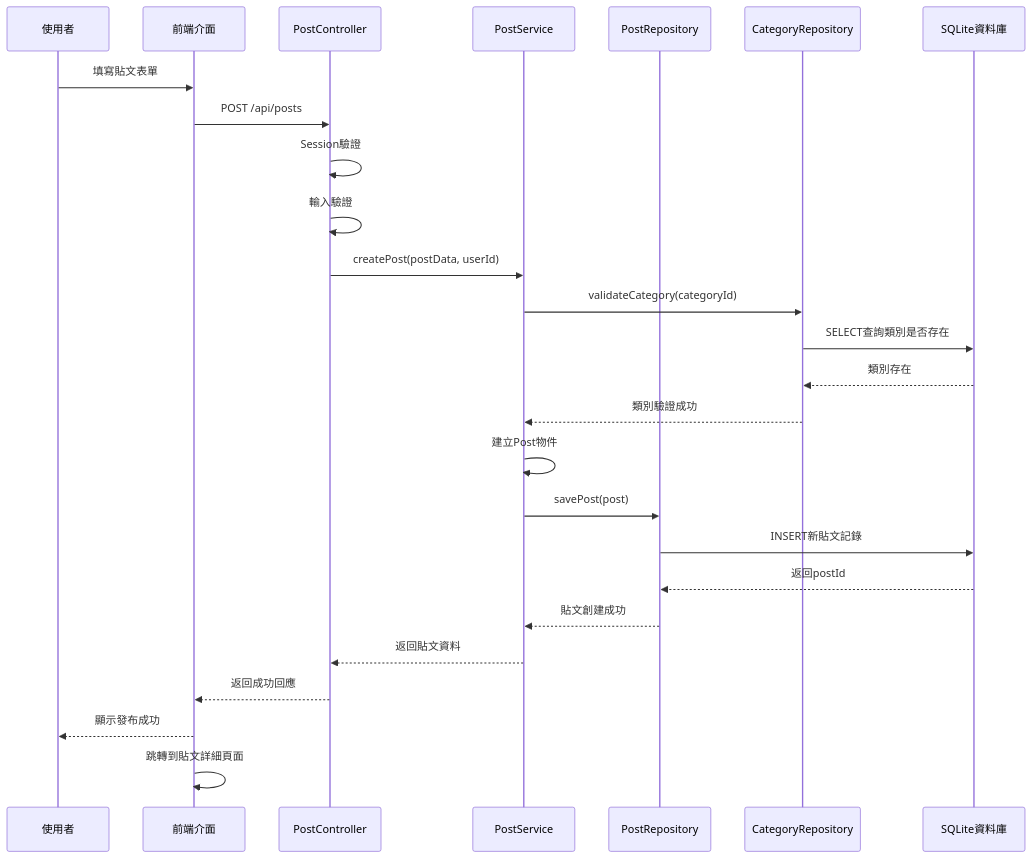
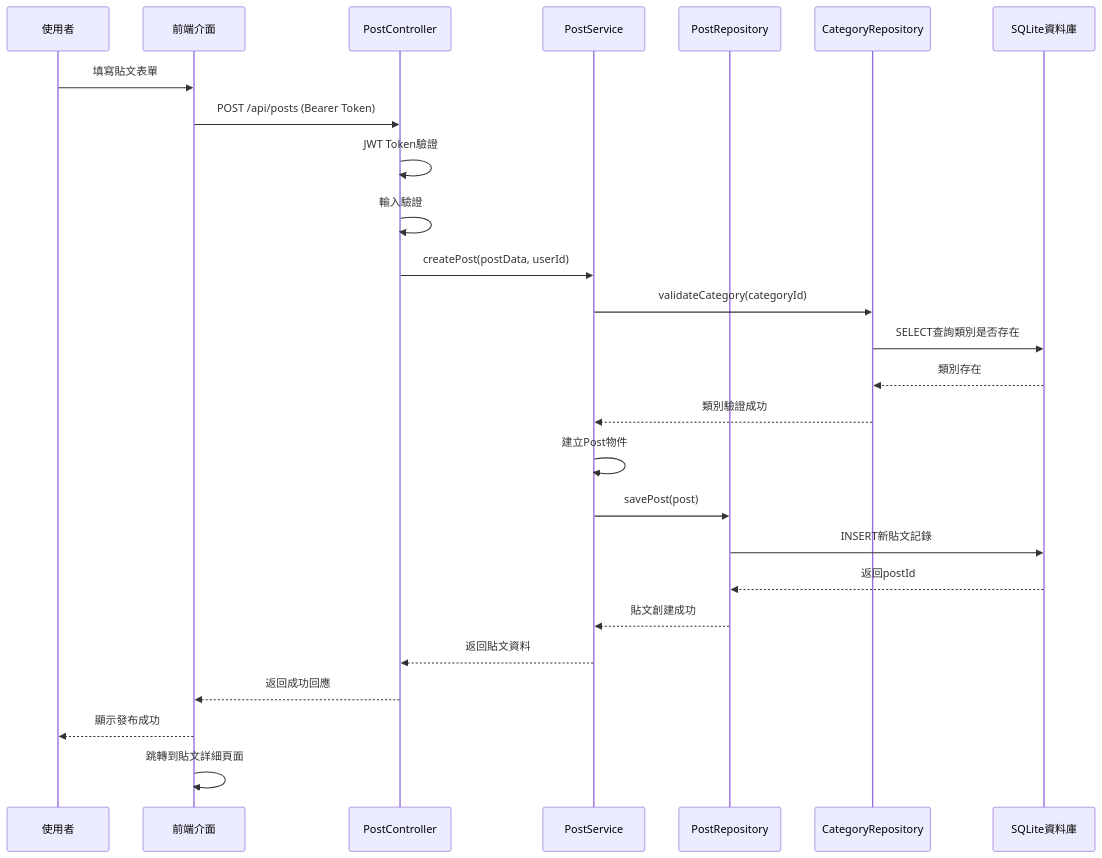
The third of 8 diagrams in aotter-wow-system/docs/sequence-diagram.md (ayugioh2003/ooad-ai), drawn with Mermaid before and after one commit. The commit also changed other lines of this file and 3 other files, not shown here.

Commit message:
feat: 更新系統架構與類別圖，新增 JWT 認證與 Token 管理策略，強化安全性設計

````diff
--- a/aotter-wow-system/docs/sequence-diagram.md
+++ b/aotter-wow-system/docs/sequence-diagram.md
@@ -78,29 +78,29 @@
 ```mermaid
 sequenceDiagram
     participant User as 使用者
     participant UI as 前端介面
     participant PC as PostController
     participant PS as PostService
     participant PR as PostRepository
     participant CR as CategoryRepository
     participant DB as SQLite資料庫
 
     User->>UI: 填寫貼文表單
-    UI->>PC: POST /api/posts
-    PC->>PC: Session驗證
+    UI->>PC: POST /api/posts (Bearer Token)
+    PC->>PC: JWT Token驗證
     PC->>PC: 輸入驗證
     PC->>PS: createPost(postData, userId)
     PS->>CR: validateCategory(categoryId)
     CR->>DB: SELECT查詢類別是否存在
     DB-->>CR: 類別存在
     CR-->>PS: 類別驗證成功
     PS->>PS: 建立Post物件
     PS->>PR: savePost(post)
     PR->>DB: INSERT新貼文記錄
     DB-->>PR: 返回postId
     PR-->>PS: 貼文創建成功
     PS-->>PC: 返回貼文資料
     PC-->>UI: 返回成功回應
     UI-->>User: 顯示發布成功
     UI->>UI: 跳轉到貼文詳細頁面
 ```
````
